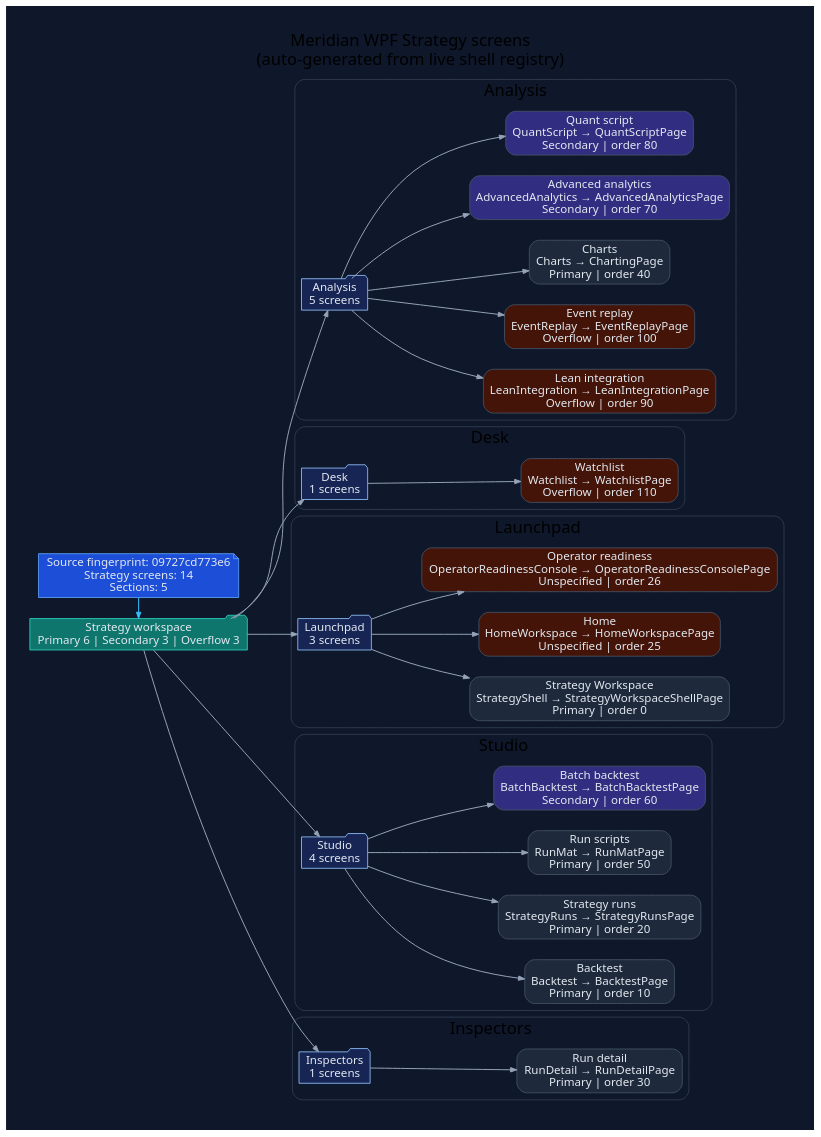
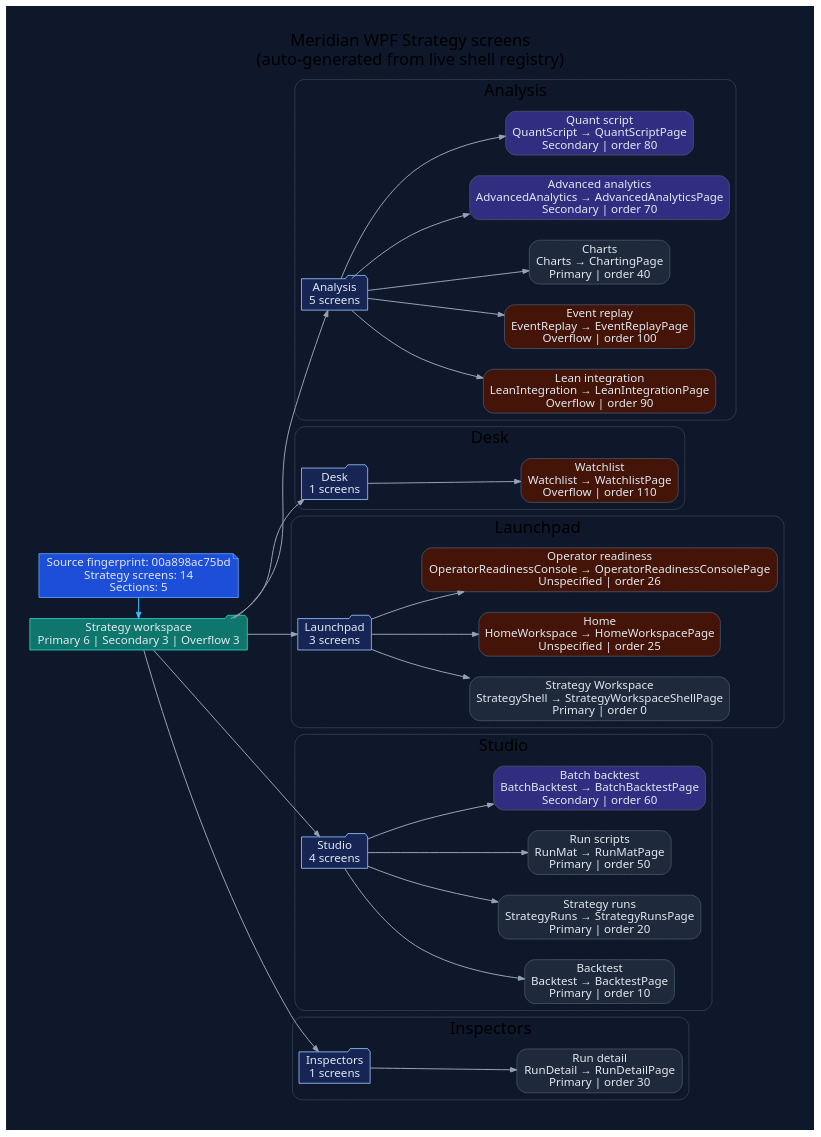
The diagram in docs/diagrams/ui-wpf-screens-strategy.dot (rodoHasArrived/Meridian-main), drawn with Graphviz before and after one commit. The commit also changed 62 other files, not shown here.

```diff
--- a/docs/diagrams/ui-wpf-screens-strategy.dot
+++ b/docs/diagrams/ui-wpf-screens-strategy.dot
@@ -1,94 +1,94 @@
 // -----------------------------------------------------------------------------
 // <auto-generated>
 // Generated by scripts/generate-diagrams.mjs.
 // Do not edit this file directly; update the WPF source files instead.
 // -----------------------------------------------------------------------------
 digraph WpfStrategyScreens {
   graph [
     rankdir=LR,
     labelloc=t,
     label="Meridian WPF Strategy screens\n(auto-generated from live shell registry)",
     fontname="Segoe UI",
     fontsize=20,
     pad=0.4,
     nodesep=0.35,
     ranksep=0.85,
     bgcolor="#0f172a"
   ];
   node [fontname="Segoe UI", shape=box, style="rounded,filled", color="#475569", fontcolor="#e2e8f0", fillcolor="#1e293b"];
   edge [fontname="Segoe UI", color="#94a3b8", penwidth=1.2, arrowsize=0.75];
 
-  generated [shape=note, fillcolor="#1d4ed8", color="#60a5fa", label="Source fingerprint: 09727cd773e6\nStrategy screens: 14\nSections: 5"];
+  generated [shape=note, fillcolor="#1d4ed8", color="#60a5fa", label="Source fingerprint: 00a898ac75bd\nStrategy screens: 14\nSections: 5"];
   workspace [shape=folder, fillcolor="#0f766e", color="#2dd4bf", label="Strategy workspace\nPrimary 6 | Secondary 3 | Overflow 3"];
   generated -> workspace [color="#38bdf8"];
 
   subgraph cluster_section_1 {
     label="Analysis";
     color="#334155";
     style="rounded";
     section_1 [shape=folder, fillcolor="#172554", color="#93c5fd", label="Analysis\n5 screens"];
     workspace -> section_1;
     screen_LeanIntegration [fillcolor="#431407", label="Lean integration\nLeanIntegration → LeanIntegrationPage\nOverflow | order 90"];
     section_1 -> screen_LeanIntegration;
     screen_EventReplay [fillcolor="#431407", label="Event replay\nEventReplay → EventReplayPage\nOverflow | order 100"];
     section_1 -> screen_EventReplay;
     screen_Charts [fillcolor="#1e293b", label="Charts\nCharts → ChartingPage\nPrimary | order 40"];
     section_1 -> screen_Charts;
     screen_AdvancedAnalytics [fillcolor="#312e81", label="Advanced analytics\nAdvancedAnalytics → AdvancedAnalyticsPage\nSecondary | order 70"];
     section_1 -> screen_AdvancedAnalytics;
     screen_QuantScript [fillcolor="#312e81", label="Quant script\nQuantScript → QuantScriptPage\nSecondary | order 80"];
     section_1 -> screen_QuantScript;
   }
 
   subgraph cluster_section_2 {
     label="Desk";
     color="#334155";
     style="rounded";
     section_2 [shape=folder, fillcolor="#172554", color="#93c5fd", label="Desk\n1 screens"];
     workspace -> section_2;
     screen_Watchlist [fillcolor="#431407", label="Watchlist\nWatchlist → WatchlistPage\nOverflow | order 110"];
     section_2 -> screen_Watchlist;
   }
 
   subgraph cluster_section_3 {
     label="Launchpad";
     color="#334155";
     style="rounded";
     section_3 [shape=folder, fillcolor="#172554", color="#93c5fd", label="Launchpad\n3 screens"];
     workspace -> section_3;
     screen_StrategyShell [fillcolor="#1e293b", label="Strategy Workspace\nStrategyShell → StrategyWorkspaceShellPage\nPrimary | order 0"];
     section_3 -> screen_StrategyShell;
     screen_HomeWorkspace [fillcolor="#431407", label="Home\nHomeWorkspace → HomeWorkspacePage\nUnspecified | order 25"];
     section_3 -> screen_HomeWorkspace;
     screen_OperatorReadinessConsole [fillcolor="#431407", label="Operator readiness\nOperatorReadinessConsole → OperatorReadinessConsolePage\nUnspecified | order 26"];
     section_3 -> screen_OperatorReadinessConsole;
   }
 
   subgraph cluster_section_4 {
     label="Studio";
     color="#334155";
     style="rounded";
     section_4 [shape=folder, fillcolor="#172554", color="#93c5fd", label="Studio\n4 screens"];
     workspace -> section_4;
     screen_Backtest [fillcolor="#1e293b", label="Backtest\nBacktest → BacktestPage\nPrimary | order 10"];
     section_4 -> screen_Backtest;
     screen_StrategyRuns [fillcolor="#1e293b", label="Strategy runs\nStrategyRuns → StrategyRunsPage\nPrimary | order 20"];
     section_4 -> screen_StrategyRuns;
     screen_RunMat [fillcolor="#1e293b", label="Run scripts\nRunMat → RunMatPage\nPrimary | order 50"];
     section_4 -> screen_RunMat;
     screen_BatchBacktest [fillcolor="#312e81", label="Batch backtest\nBatchBacktest → BatchBacktestPage\nSecondary | order 60"];
     section_4 -> screen_BatchBacktest;
   }
 
   subgraph cluster_section_5 {
     label="Inspectors";
     color="#334155";
     style="rounded";
     section_5 [shape=folder, fillcolor="#172554", color="#93c5fd", label="Inspectors\n1 screens"];
     workspace -> section_5;
     screen_RunDetail [fillcolor="#1e293b", label="Run detail\nRunDetail → RunDetailPage\nPrimary | order 30"];
     section_5 -> screen_RunDetail;
   }
 
   { rank=min; generated; workspace; }
 }
```
